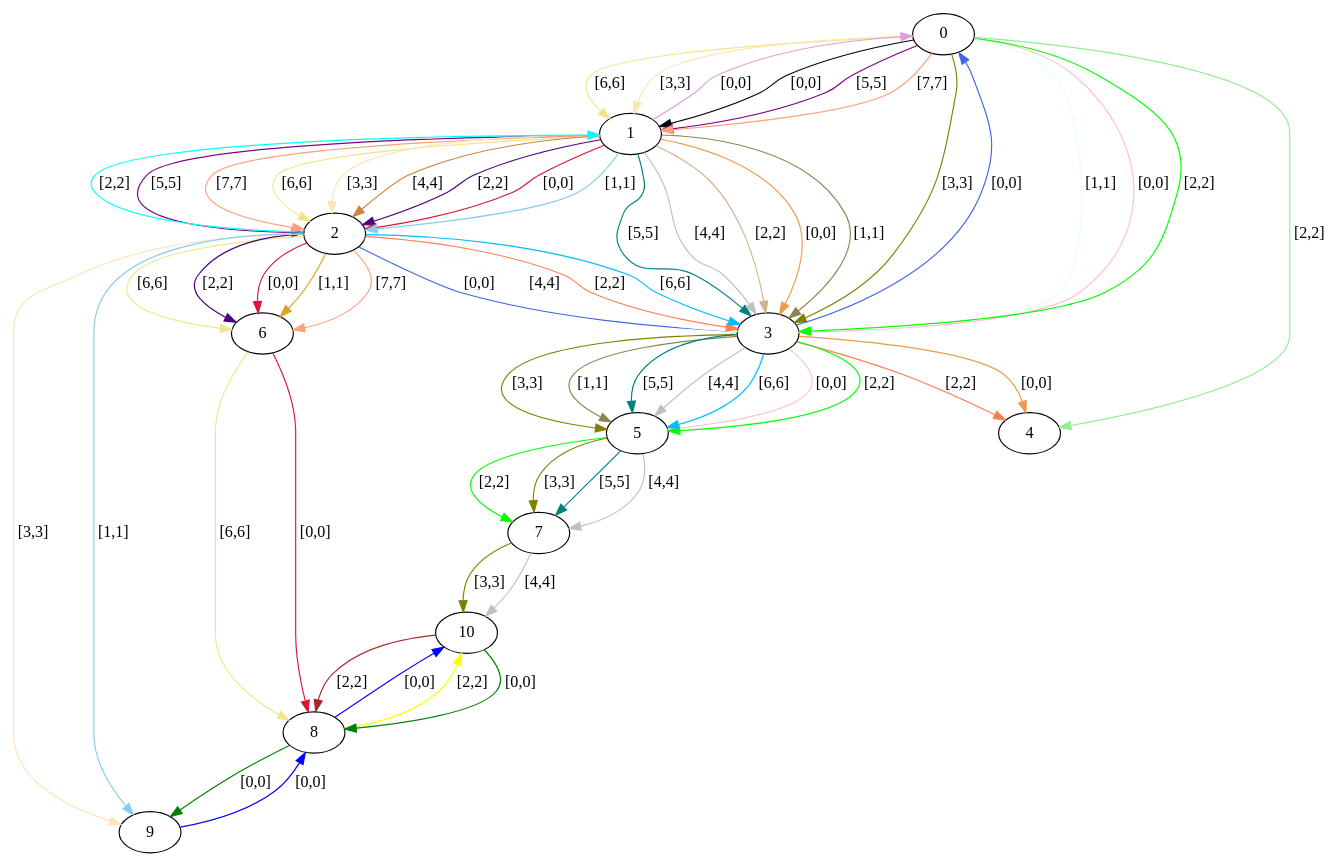
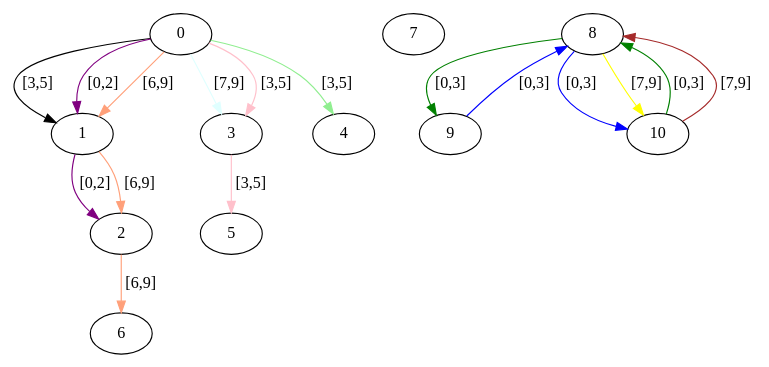
Before and after one commit to Hebbe1234/ExpectAll: the diagram in src/assignedGraphs/assigned.dot, drawn with Graphviz. The commit also changed 3 other files, not shown here.

```diff
--- a/src/assignedGraphs/assigned.dot
+++ b/src/assignedGraphs/assigned.dot
@@ -1,73 +1,29 @@
 digraph  {
 0 [label=0];
 1 [label=1];
 2 [label=2];
 3 [label=3];
 4 [label=4];
 5 [label=5];
 6 [label=6];
 7 [label=7];
 8 [label=8];
 9 [label=9];
 10 [label=10];
-0 -> 1  [color=black, key=0, label="[0,0]"];
-0 -> 1  [color=purple, key=1, label="[5,5]"];
-0 -> 1  [color=lightsalmon, key=2, label="[7,7]"];
-0 -> 1  [color=khaki, key=3, label="[6,6]"];
-0 -> 1  [color=moccasin, key=4, label="[3,3]"];
-0 -> 3  [color=lightcyan, key=0, label="[1,1]"];
-0 -> 3  [color=pink, key=1, label="[0,0]"];
-0 -> 3  [color=lime, key=2, label="[2,2]"];
-0 -> 3  [color=olive, key=3, label="[3,3]"];
-0 -> 4  [color=lightgreen, key=0, label="[2,2]"];
-1 -> 2  [color=purple, key=0, label="[5,5]"];
-1 -> 2  [color=lightsalmon, key=1, label="[7,7]"];
-1 -> 2  [color=khaki, key=2, label="[6,6]"];
-1 -> 2  [color=moccasin, key=3, label="[3,3]"];
-1 -> 2  [color=peru, key=4, label="[4,4]"];
-1 -> 2  [color=indigo, key=5, label="[2,2]"];
-1 -> 2  [color=crimson, key=6, label="[0,0]"];
-1 -> 2  [color=skyblue, key=7, label="[1,1]"];
-1 -> 0  [color=plum, key=0, label="[0,0]"];
-1 -> 3  [color=tan, key=0, label="[2,2]"];
-1 -> 3  [color=tan2, key=1, label="[0,0]"];
-1 -> 3  [color=khaki4, key=2, label="[1,1]"];
-1 -> 3  [color=teal, key=3, label="[5,5]"];
-1 -> 3  [color=silver, key=4, label="[4,4]"];
-2 -> 6  [color=lightsalmon, key=0, label="[7,7]"];
-2 -> 6  [color=khaki, key=1, label="[6,6]"];
-2 -> 6  [color=indigo, key=2, label="[2,2]"];
-2 -> 6  [color=crimson, key=3, label="[0,0]"];
-2 -> 6  [color=goldenrod, key=4, label="[1,1]"];
-2 -> 9  [color=moccasin, key=0, label="[3,3]"];
-2 -> 9  [color=skyblue, key=1, label="[1,1]"];
-2 -> 3  [color=royalblue, key=0, label="[0,0]"];
-2 -> 3  [color=snow, key=1, label="[4,4]"];
-2 -> 3  [color=coral, key=2, label="[2,2]"];
-2 -> 3  [color=deepskyblue, key=3, label="[6,6]"];
-2 -> 1  [color=aqua, key=0, label="[2,2]"];
-3 -> 5  [color=pink, key=0, label="[0,0]"];
-3 -> 5  [color=lime, key=1, label="[2,2]"];
-3 -> 5  [color=olive, key=2, label="[3,3]"];
-3 -> 5  [color=khaki4, key=3, label="[1,1]"];
-3 -> 5  [color=teal, key=4, label="[5,5]"];
-3 -> 5  [color=silver, key=5, label="[4,4]"];
-3 -> 5  [color=deepskyblue, key=6, label="[6,6]"];
-3 -> 4  [color=tan2, key=0, label="[0,0]"];
-3 -> 4  [color=coral, key=1, label="[2,2]"];
-3 -> 0  [color=royalblue, key=0, label="[0,0]"];
-5 -> 7  [color=lime, key=0, label="[2,2]"];
-5 -> 7  [color=olive, key=1, label="[3,3]"];
-5 -> 7  [color=teal, key=2, label="[5,5]"];
-5 -> 7  [color=silver, key=3, label="[4,4]"];
-6 -> 8  [color=khaki, key=0, label="[6,6]"];
-6 -> 8  [color=crimson, key=1, label="[0,0]"];
-7 -> 10  [color=olive, key=0, label="[3,3]"];
-7 -> 10  [color=silver, key=1, label="[4,4]"];
-8 -> 9  [color=green, key=0, label="[0,0]"];
-8 -> 10  [color=blue, key=0, label="[0,0]"];
-8 -> 10  [color=yellow, key=1, label="[2,2]"];
-9 -> 8  [color=blue, key=0, label="[0,0]"];
-10 -> 8  [color=green, key=0, label="[0,0]"];
-10 -> 8  [color=brown, key=1, label="[2,2]"];
+0 -> 1  [color=black, key=0, label="[3,5]"];
+0 -> 1  [color=purple, key=1, label="[0,2]"];
+0 -> 1  [color=lightsalmon, key=2, label="[6,9]"];
+0 -> 3  [color=lightcyan, key=0, label="[7,9]"];
+0 -> 3  [color=pink, key=1, label="[3,5]"];
+0 -> 4  [color=lightgreen, key=0, label="[3,5]"];
+1 -> 2  [color=purple, key=0, label="[0,2]"];
+1 -> 2  [color=lightsalmon, key=1, label="[6,9]"];
+2 -> 6  [color=lightsalmon, key=0, label="[6,9]"];
+3 -> 5  [color=pink, key=0, label="[3,5]"];
+8 -> 9  [color=green, key=0, label="[0,3]"];
+8 -> 10  [color=blue, key=0, label="[0,3]"];
+8 -> 10  [color=yellow, key=1, label="[7,9]"];
+9 -> 8  [color=blue, key=0, label="[0,3]"];
+10 -> 8  [color=green, key=0, label="[0,3]"];
+10 -> 8  [color=brown, key=1, label="[7,9]"];
 }
```
